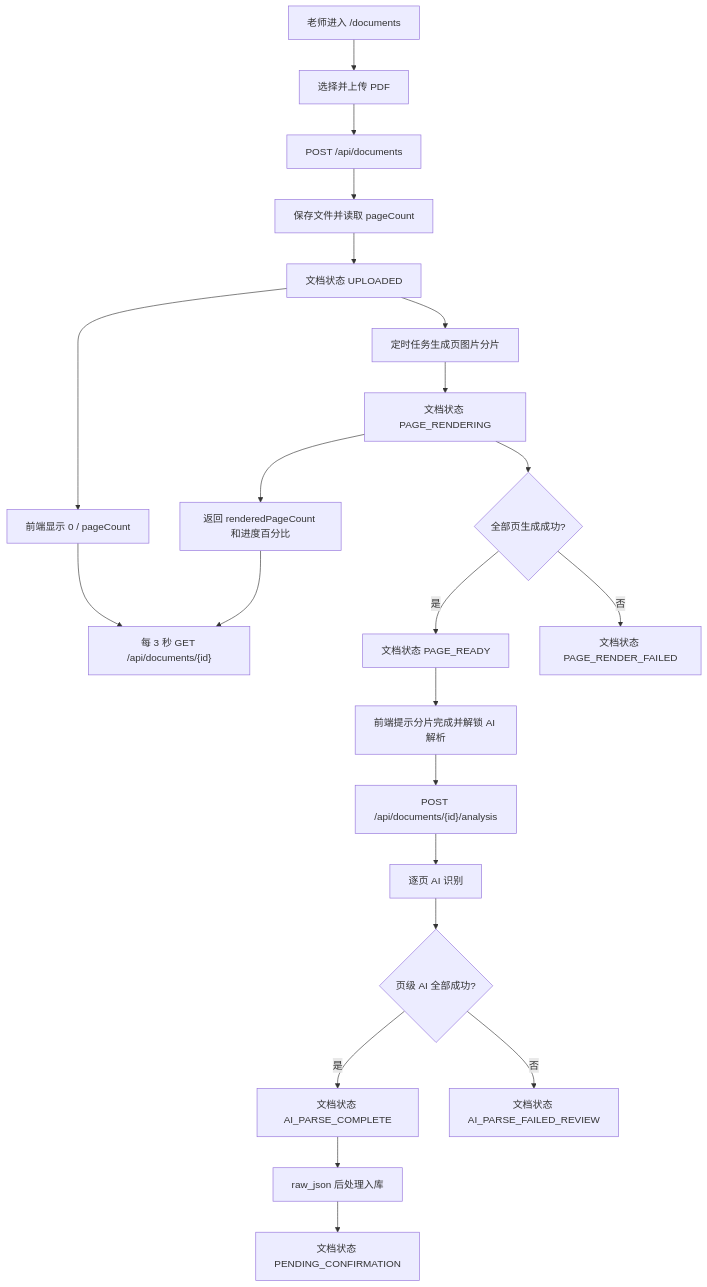
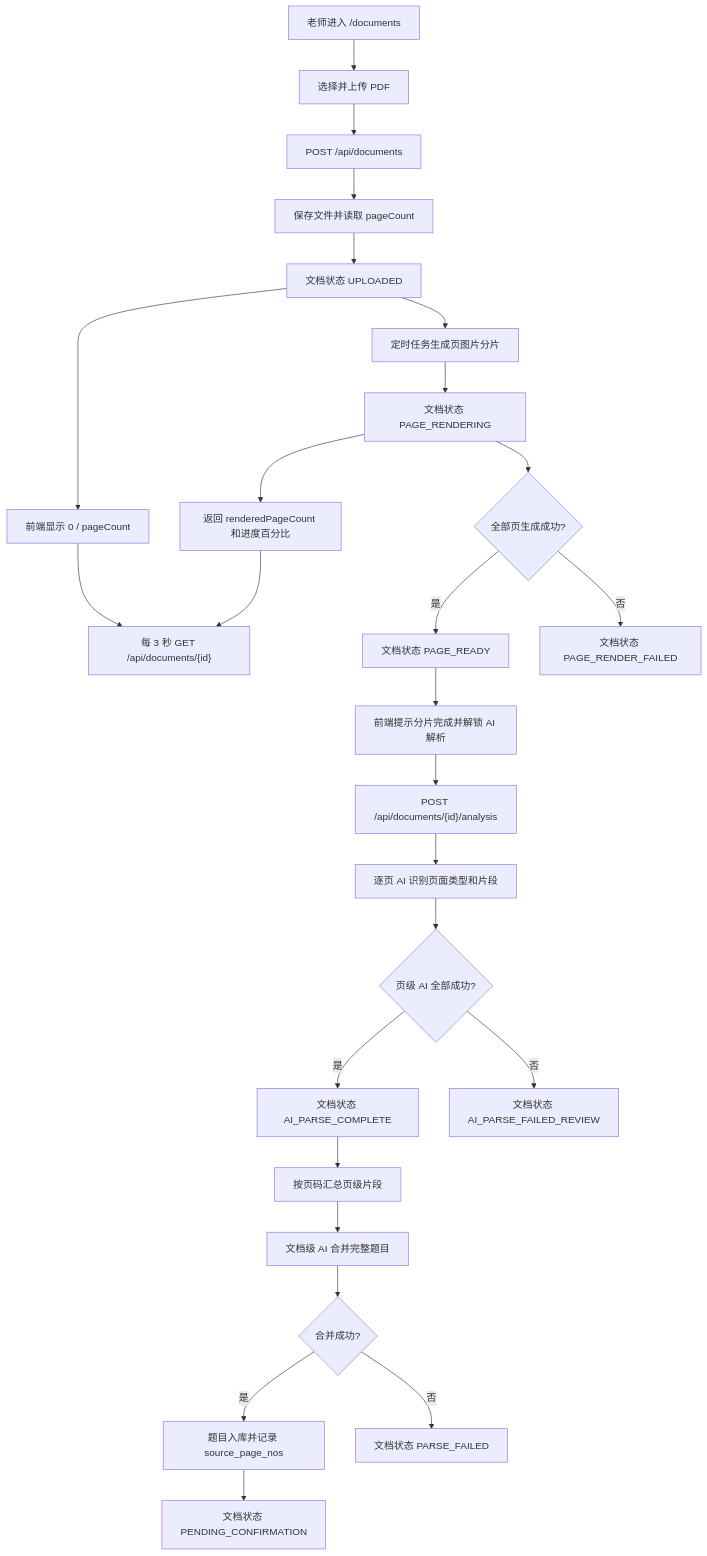
Before and after one commit to guokai2012/exam-ai: the diagram in docs/20260531222400_document-analysis-flow.md, drawn with Mermaid. The commit also changed other lines of this file and 16 other files, not shown here.

````diff
--- a/docs/20260531222400_document-analysis-flow.md
+++ b/docs/20260531222400_document-analysis-flow.md
@@ -28,24 +31,28 @@
 ```mermaid
 flowchart TD
     A["老师进入 /documents"] --> B["选择并上传 PDF"]
     B --> C["POST /api/documents"]
     C --> D["保存文件并读取 pageCount"]
     D --> E["文档状态 UPLOADED"]
     E --> F["前端显示 0 / pageCount"]
     F --> G["每 3 秒 GET /api/documents/{id}"]
     E --> H["定时任务生成页图片分片"]
     H --> I["文档状态 PAGE_RENDERING"]
     I --> J["返回 renderedPageCount 和进度百分比"]
     J --> G
     I --> K{"全部页生成成功?"}
     K -- "是" --> L["文档状态 PAGE_READY"]
     K -- "否" --> M["文档状态 PAGE_RENDER_FAILED"]
     L --> N["前端提示分片完成并解锁 AI 解析"]
     N --> O["POST /api/documents/{id}/analysis"]
-    O --> P["逐页 AI 识别"]
+    O --> P["逐页 AI 识别页面类型和片段"]
     P --> Q{"页级 AI 全部成功?"}
     Q -- "是" --> R["文档状态 AI_PARSE_COMPLETE"]
     Q -- "否" --> S["文档状态 AI_PARSE_FAILED_REVIEW"]
-    R --> T["raw_json 后处理入库"]
-    T --> U["文档状态 PENDING_CONFIRMATION"]
+    R --> T["按页码汇总页级片段"]
+    T --> U["文档级 AI 合并完整题目"]
+    U --> V{"合并成功?"}
+    V -- "是" --> W["题目入库并记录 source_page_nos"]
+    V -- "否" --> X["文档状态 PARSE_FAILED"]
+    W --> Y["文档状态 PENDING_CONFIRMATION"]
 ```
````
